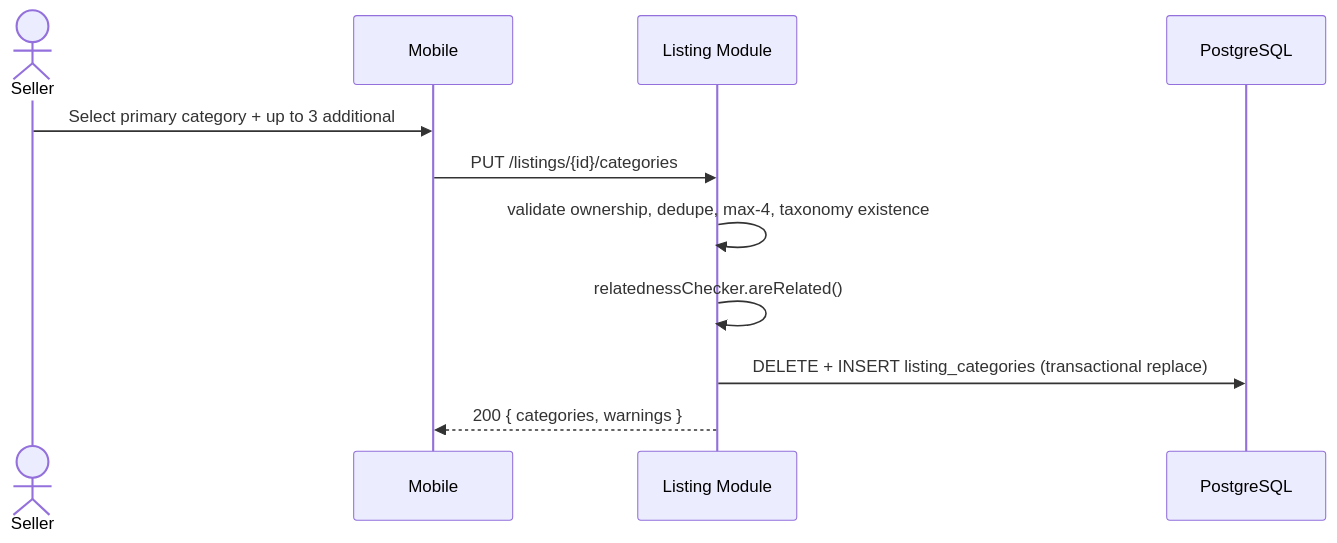
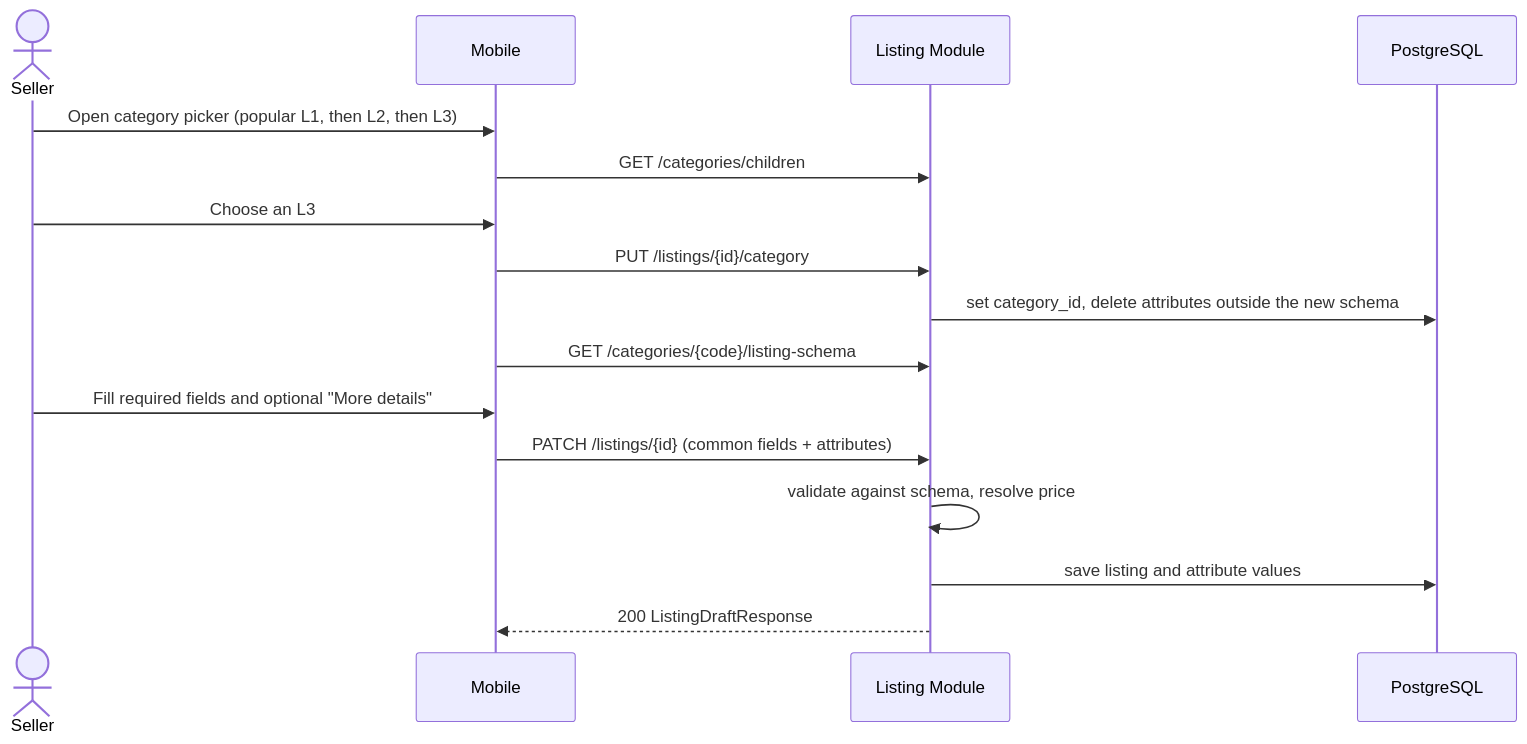
The seventh of 13 diagrams in LLD/Sprint-2-Seller Listing Creation-LLD.md (VSPL-New/Documents), drawn with Mermaid before and after one commit. The commit also changed other lines of this file and 33 other files, not shown here.

Commit message:
docs: category taxonomy design (US-006 rewrite, US-118 to US-122, HLD/LLD/PRD updates)

````diff
--- a/LLD/Sprint-2-Seller Listing Creation-LLD.md
+++ b/LLD/Sprint-2-Seller Listing Creation-LLD.md
@@ -1635,14 +1741,19 @@
 ```mermaid
 sequenceDiagram
     actor Seller
     participant Mobile
     participant Backend as Listing Module
     participant DB as PostgreSQL
 
-    Seller->>Mobile: Select primary category + up to 3 additional
-    Mobile->>Backend: PUT /listings/{id}/categories
-    Backend->>Backend: validate ownership, dedupe, max-4, taxonomy existence
-    Backend->>Backend: relatednessChecker.areRelated()
-    Backend->>DB: DELETE + INSERT listing_categories (transactional replace)
-    Backend-->>Mobile: 200 { categories, warnings }
+    Seller->>Mobile: Open category picker (popular L1, then L2, then L3)
+    Mobile->>Backend: GET /categories/children
+    Seller->>Mobile: Choose an L3
+    Mobile->>Backend: PUT /listings/{id}/category
+    Backend->>DB: set category_id, delete attributes outside the new schema
+    Mobile->>Backend: GET /categories/{code}/listing-schema
+    Seller->>Mobile: Fill required fields and optional "More details"
+    Mobile->>Backend: PATCH /listings/{id} (common fields + attributes)
+    Backend->>Backend: validate against schema, resolve price
+    Backend->>DB: save listing and attribute values
+    Backend-->>Mobile: 200 ListingDraftResponse
 ```
````
